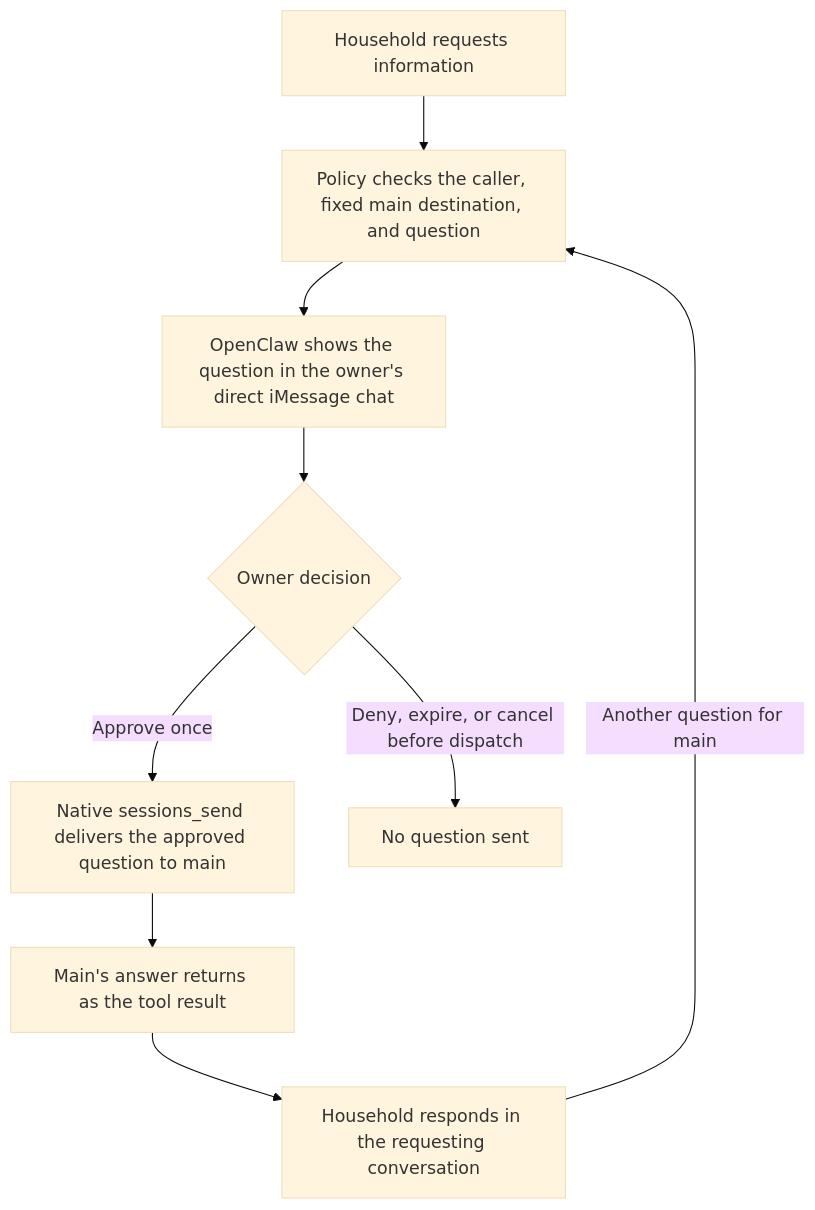
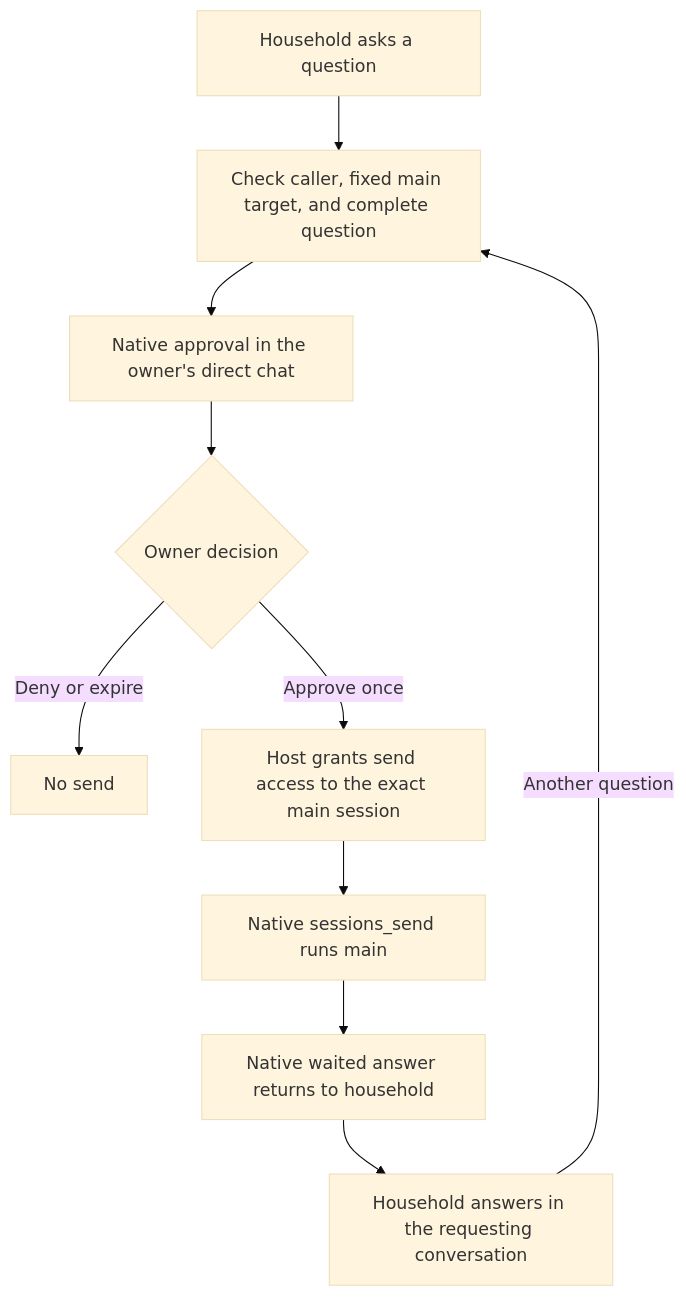
One commit to coletaylor788/puddles changed the diagram in docs/plans/household-native-approvals.md. Above: the diagram before and after it, drawn with Mermaid (base theme). The commit also changed other lines of this file, not shown here.

Commit message:
docs: use native scoped access for household approval design (#284)

````diff
--- a/docs/plans/household-native-approvals.md
+++ b/docs/plans/household-native-approvals.md
@@ -17,11 +16,12 @@
 ```mermaid
 flowchart TD
-    Household["Household requests information"] --> Policy["Policy checks the caller, fixed main destination, and question"]
-    Policy --> Approval["OpenClaw shows the question in the owner's direct iMessage chat"]
+    Household["Household asks a question"] --> Policy["Check caller, fixed main target, and complete question"]
+    Policy --> Approval["Native approval in the owner's direct chat"]
     Approval --> Decision{"Owner decision"}
-    Decision -->|"Approve once"| Main["Native sessions_send delivers the approved question to main"]
-    Decision -->|"Deny, expire, or cancel before dispatch"| Stop["No question sent"]
-    Main --> Answer["Main's answer returns as the tool result"]
-    Answer --> Human["Household responds in the requesting conversation"]
-    Human -->|"Another question for main"| Policy
+    Decision -->|"Deny or expire"| Stop["No send"]
+    Decision -->|"Approve once"| Grant["Host grants send access to the exact main session"]
+    Grant --> Main["Native sessions_send runs main"]
+    Main --> Result["Native waited answer returns to household"]
+    Result --> Human["Household answers in the requesting conversation"]
+    Human -->|"Another question"| Policy
 ```
````
